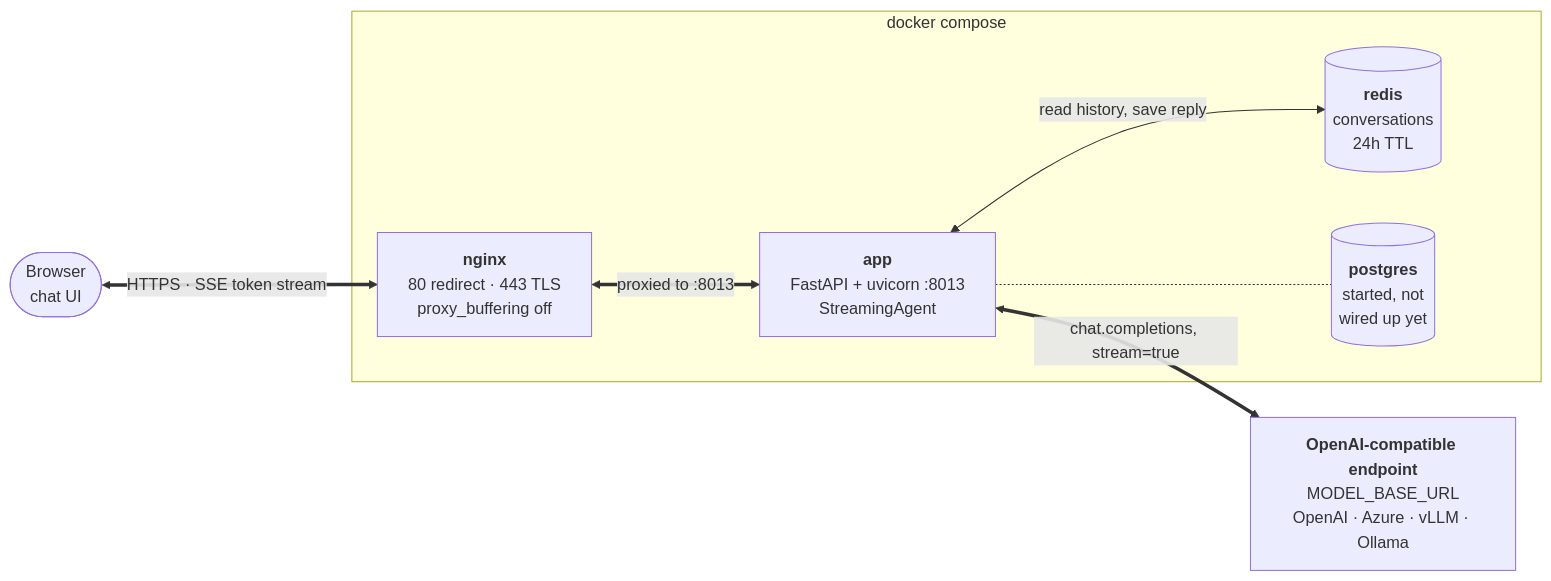
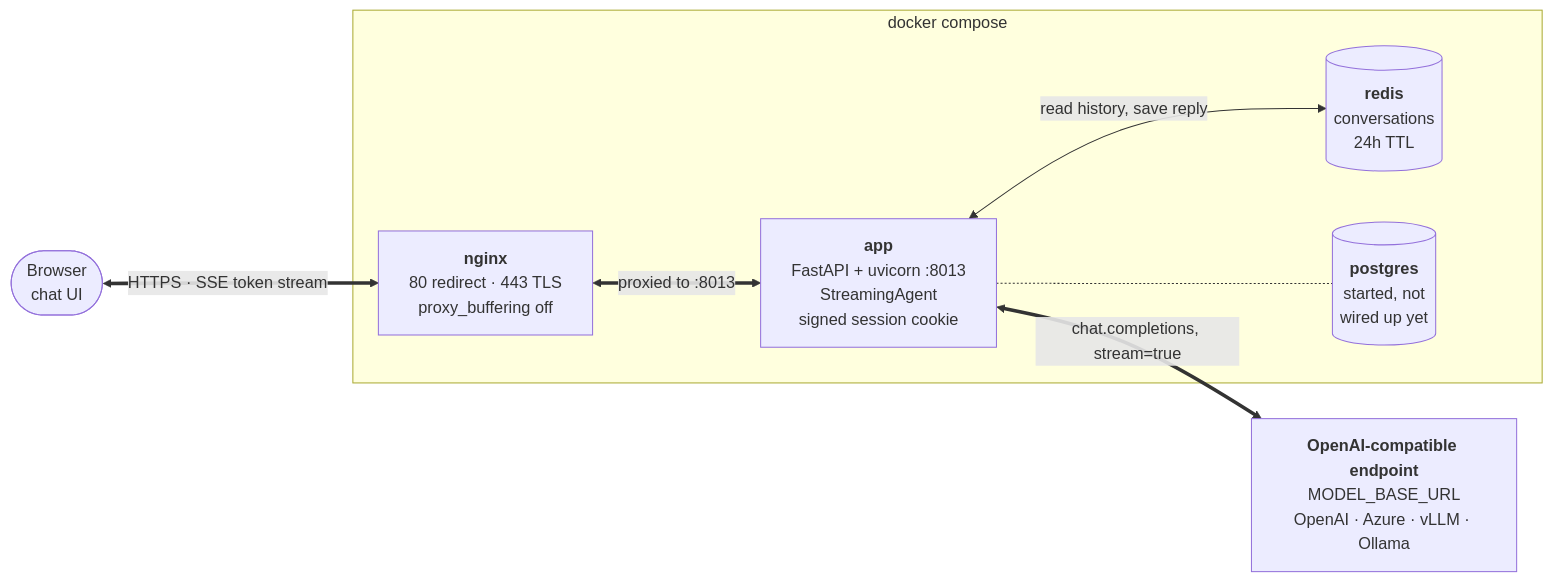
The diagram in README.md (MrLaki5/Chatbot-template), drawn with Mermaid before and after one commit. The commit also changed other lines of this file and 5 other files, not shown here.

````diff
--- a/README.md
+++ b/README.md
@@ -20,19 +21,19 @@
 ```mermaid
 flowchart LR
     browser(["Browser<br/>chat UI"])
 
     subgraph stack["docker compose"]
         nginx["<b>nginx</b><br/>80 redirect · 443 TLS<br/>proxy_buffering off"]
-        app["<b>app</b><br/>FastAPI + uvicorn :8013<br/>StreamingAgent"]
+        app["<b>app</b><br/>FastAPI + uvicorn :8013<br/>StreamingAgent<br/>signed session cookie"]
         redis[("<b>redis</b><br/>conversations<br/>24h TTL")]
         db[("<b>postgres</b><br/>started, not<br/>wired up yet")]
     end
 
     model["<b>OpenAI-compatible endpoint</b><br/>MODEL_BASE_URL<br/>OpenAI · Azure · vLLM · Ollama"]
 
     browser <==>|"HTTPS · SSE token stream"| nginx
     nginx <==>|"proxied to :8013"| app
     app <==>|"chat.completions, stream=true"| model
     app <-->|"read history, save reply"| redis
     app -.- db
 ```
````
